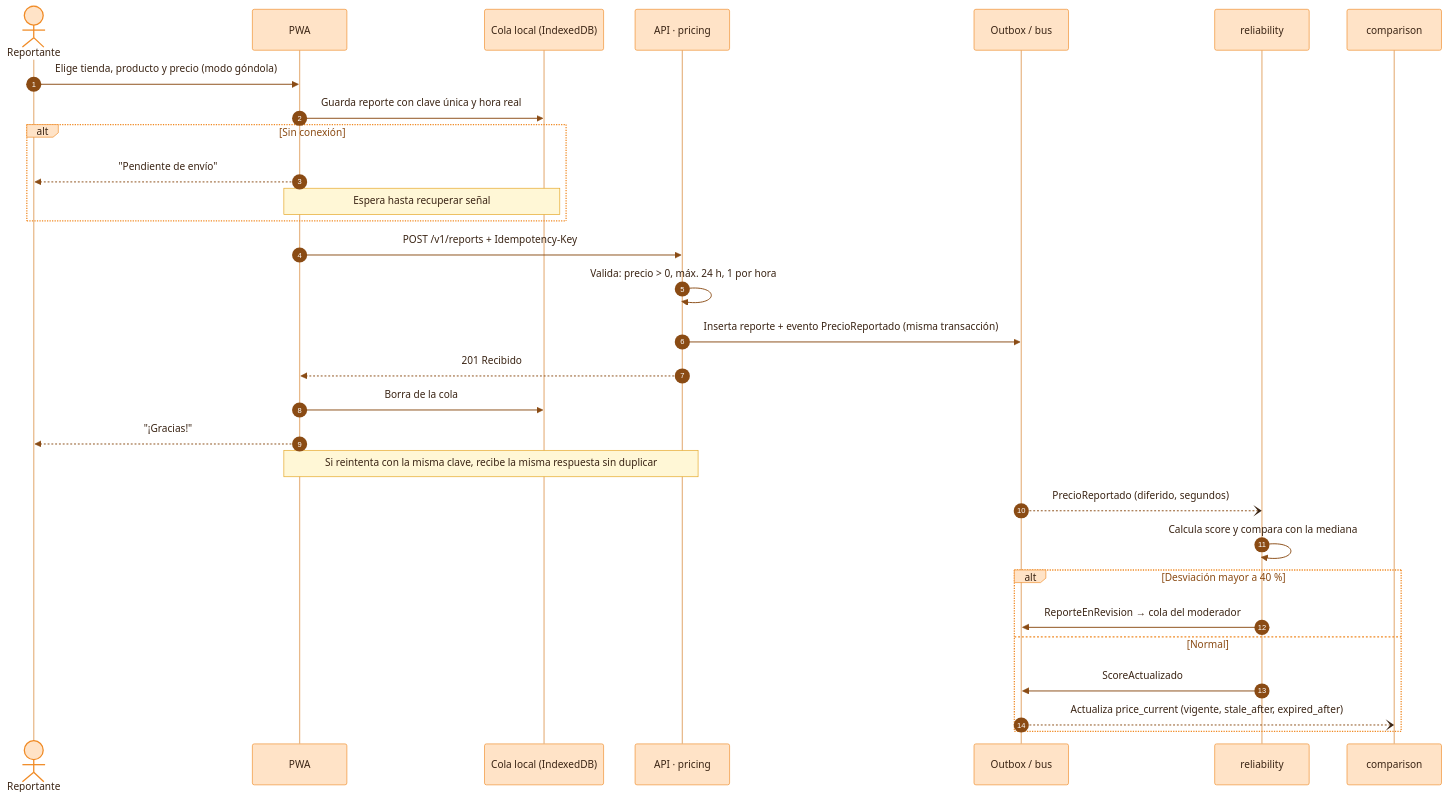
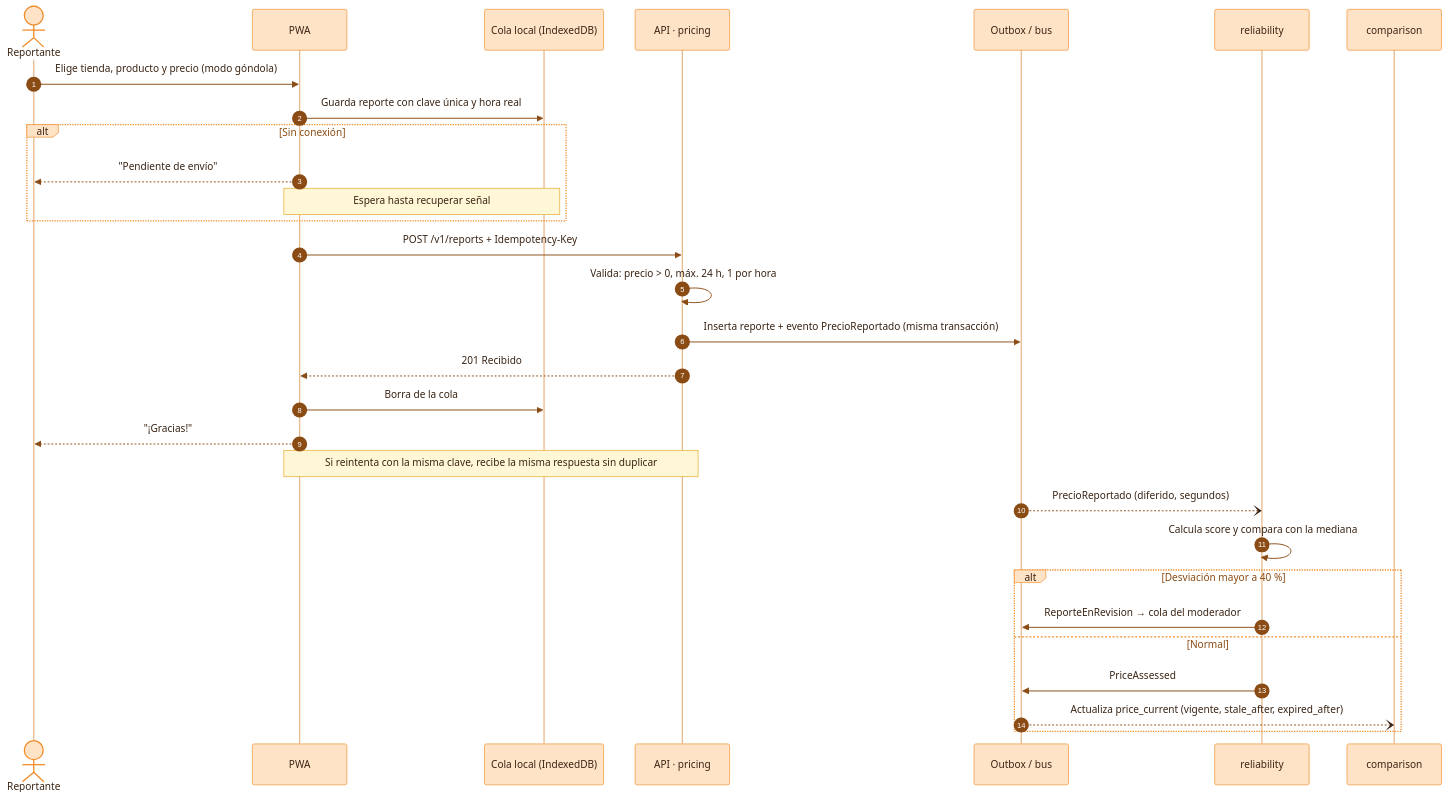
One commit to JuanJo0775/Sistema_valora_B changed the diagram in docs/diagramas/06-sec-registro.mmd. Above: the diagram before and after it, drawn with Mermaid. The commit also changed 6 other files, not shown here.

First line of the commit message:
docs(diagramas): actualizar 02, 03, 06, 08, 12 y 13 al despliegue y al módulo comercial reales (#210)

```diff
--- a/docs/diagramas/06-sec-registro.mmd
+++ b/docs/diagramas/06-sec-registro.mmd
@@ -1,31 +1,31 @@
 %%{init: {"theme":"base","themeVariables":{"fontFamily":"DejaVu Sans, Verdana, Arial, sans-serif","fontSize":"14px","primaryColor":"#FFF1DF","primaryBorderColor":"#F08A24","primaryTextColor":"#3A2414","secondaryColor":"#FFF7D6","tertiaryColor":"#FFFBF4","lineColor":"#B8692A","textColor":"#3A2414","clusterBkg":"#FFFBF4","clusterBorder":"#E8C9A0","edgeLabelBackground":"#FFFFFF","actorBkg":"#FFE3C7","actorBorder":"#F08A24","actorTextColor":"#3A2414","actorLineColor":"#E8B98A","signalColor":"#8A4B14","signalTextColor":"#3A2414","labelBoxBkgColor":"#FFE3C7","labelBoxBorderColor":"#F08A24","labelTextColor":"#3A2414","loopTextColor":"#8A4B14","noteBkgColor":"#FFF7D6","noteBorderColor":"#E3A21A","noteTextColor":"#3A2414","activationBkgColor":"#FFD7A8","activationBorderColor":"#F08A24","sequenceNumberColor":"#FFFFFF"}}}%%
 sequenceDiagram
   autonumber
   actor R as Reportante
   participant W as PWA
   participant Q as Cola local (IndexedDB)
   participant A as API · pricing
   participant B as Outbox / bus
   participant L as reliability
   participant C as comparison
   R->>W: Elige tienda, producto y precio (modo góndola)
   W->>Q: Guarda reporte con clave única y hora real
   alt Sin conexión
     W-->>R: "Pendiente de envío"
     Note over W,Q: Espera hasta recuperar señal
   end
   W->>A: POST /v1/reports + Idempotency-Key
   A->>A: Valida: precio > 0, máx. 24 h, 1 por hora
   A->>B: Inserta reporte + evento PrecioReportado (misma transacción)
   A-->>W: 201 Recibido
   W->>Q: Borra de la cola
   W-->>R: "¡Gracias!"
   Note over A,W: Si reintenta con la misma clave, recibe la misma respuesta sin duplicar
   B--)L: PrecioReportado (diferido, segundos)
   L->>L: Calcula score y compara con la mediana
   alt Desviación mayor a 40 %
     L->>B: ReporteEnRevision → cola del moderador
   else Normal
-    L->>B: ScoreActualizado
+    L->>B: PriceAssessed
     B--)C: Actualiza price_current (vigente, stale_after, expired_after)
   end
```
